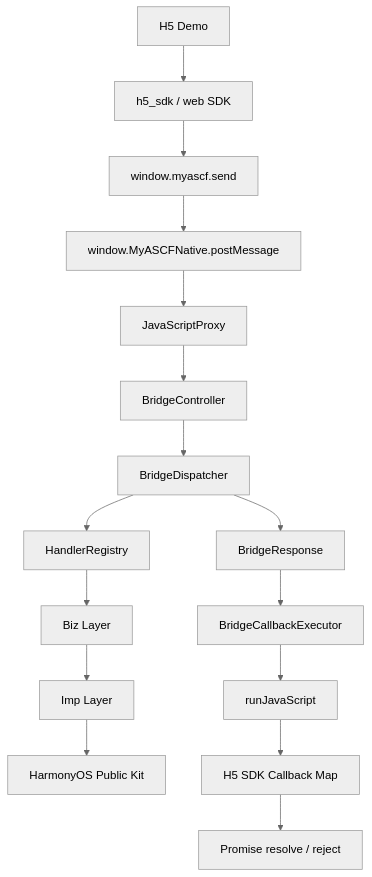
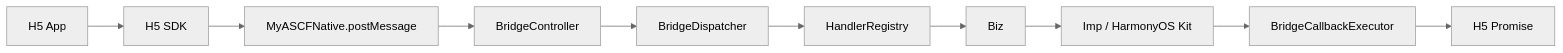
The diagram in README.md (lichenyang5/MiniAppRuntime-Harmony), drawn with Mermaid (neutral theme) before and after one commit. The commit also changed other lines of this file and 91 other files, not shown here.

Commit message:
Getting Started、Guide、Concepts Runtime、UI、Clipboard、Storage、Network API Toast、Clipboard、Storage、Network 和完整 React 示例 Native unavailable、Timeout、Callback Lost、白屏、OHPM、Network 排错 npm/OHPM 包边界与发布维护

````diff
--- a/README.md
+++ b/README.md
@@ -43,18 +64,12 @@
 ```mermaid
-flowchart TD
-  H5["H5 Demo"] --> SDK["h5_sdk / web SDK"]
-  SDK --> Send["window.myascf.send"]
-  Send --> Native["window.MyASCFNative.postMessage"]
-  Native --> JSP["JavaScriptProxy"]
-  JSP --> BC["BridgeController"]
-  BC --> BD["BridgeDispatcher"]
-  BD --> HR["HandlerRegistry"]
-  HR --> Biz["Biz Layer"]
-  Biz --> Imp["Imp Layer"]
-  Imp --> Kit["HarmonyOS Public Kit"]
-  BD --> Resp["BridgeResponse"]
-  Resp --> CB["BridgeCallbackExecutor"]
-  CB --> RunJS["runJavaScript"]
-  RunJS --> Callback["H5 SDK Callback Map"]
-  Callback --> Promise["Promise resolve / reject"]
+flowchart LR
+  H5["H5 App"] --> SDK["H5 SDK"]
+  SDK --> Proxy["MyASCFNative.postMessage"]
+  Proxy --> Controller["BridgeController"]
+  Controller --> Dispatcher["BridgeDispatcher"]
+  Dispatcher --> Registry["HandlerRegistry"]
+  Registry --> Biz["Biz"]
+  Biz --> Imp["Imp / HarmonyOS Kit"]
+  Imp --> Callback["BridgeCallbackExecutor"]
+  Callback --> Promise["H5 Promise"]
 ```
````
